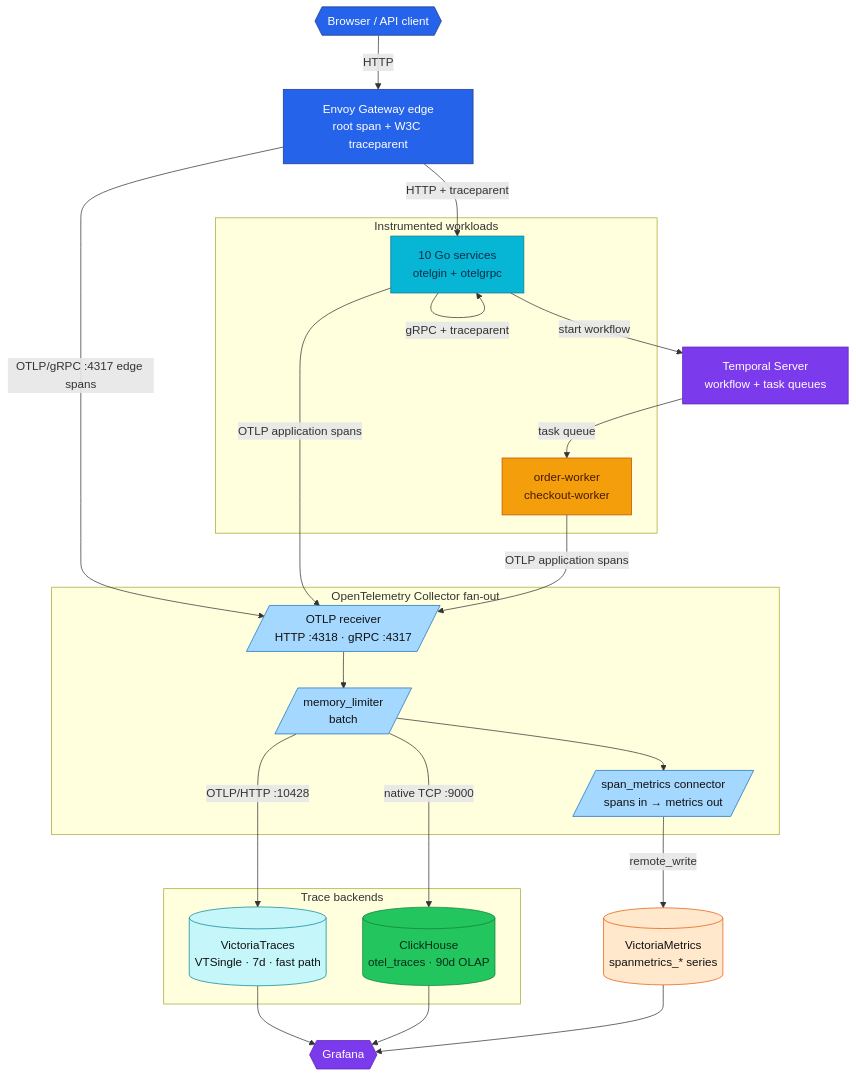
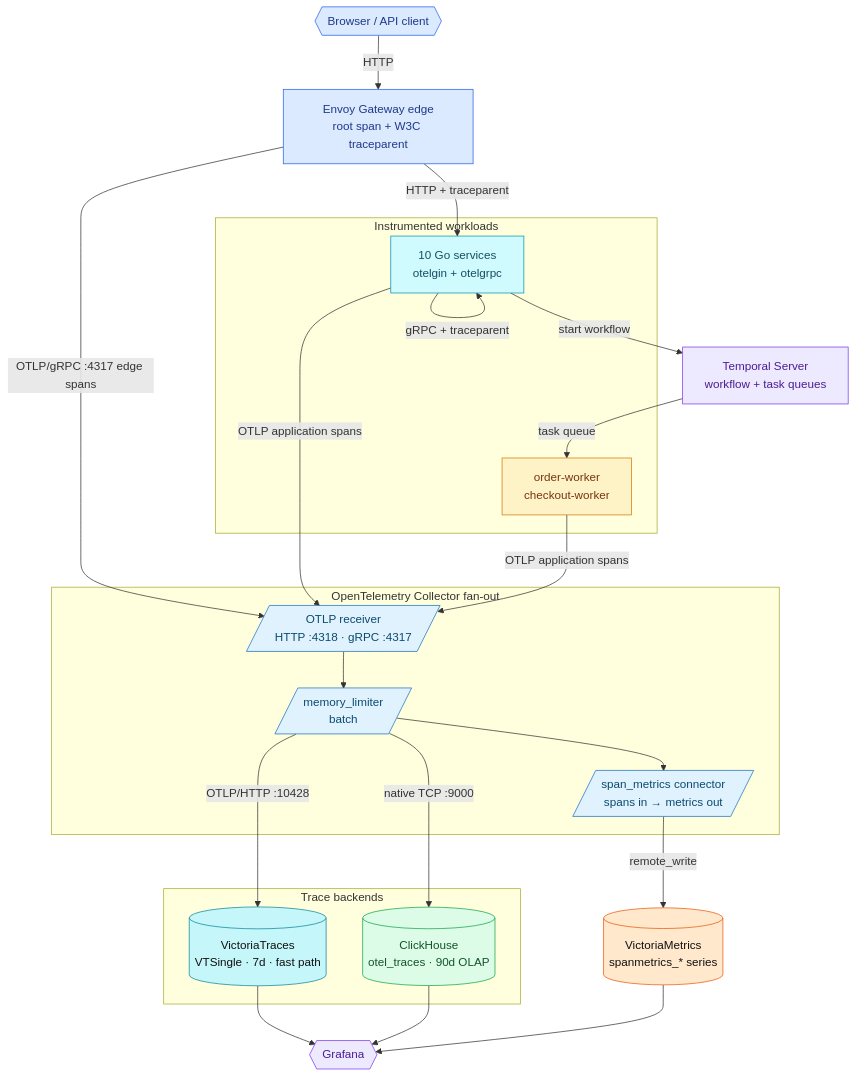
One commit to duynhlab/homelab changed the first of 2 diagrams in docs/observability/tracing/architecture.md. Above: the diagram before and after it, drawn with Mermaid. The commit also changed other lines of this file and 174 other files, not shown here.

First line of the commit message:
Soft-tint diagram palette, a signal-flow diagram, a Linux-ready Draw.io skill

````diff
--- a/docs/observability/tracing/architecture.md
+++ b/docs/observability/tracing/architecture.md
@@ -17,59 +17,59 @@
 ```mermaid
 flowchart TB
     Client{{"Browser / API client"}}
     Edge["Envoy Gateway edge<br/>root span + W3C traceparent"]
 
     subgraph workloads["Instrumented workloads"]
         Services["10 Go services<br/>otelgin + otelgrpc"]
         Workers["order-worker<br/>checkout-worker"]
     end
     Temporal["Temporal Server<br/>workflow + task queues"]
 
 
     subgraph collectorNode["OpenTelemetry Collector fan-out"]
         Receiver[/"OTLP receiver<br/>HTTP :4318 · gRPC :4317"/]
         Processors[/"memory_limiter<br/>batch"/]
         SpanMetrics[/"span_metrics connector<br/>spans in → metrics out"/]
         Receiver --> Processors
         Processors --> SpanMetrics
     end
 
     subgraph backends["Trace backends"]
         VT[("VictoriaTraces<br/>VTSingle · 7d · fast path")]
         CH[("ClickHouse<br/>otel_traces · 90d OLAP")]
     end
     VM[("VictoriaMetrics<br/>spanmetrics_* series")]
 
     Grafana{{"Grafana"}}
 
     Client -->|"HTTP"| Edge
     Edge -->|"HTTP + traceparent"| Services
     Services -->|"gRPC + traceparent"| Services
     Services -->|"start workflow"| Temporal
     Temporal -->|"task queue"| Workers
     Edge -->|"OTLP/gRPC :4317 edge spans"| Receiver
     Services & Workers -->|"OTLP application spans"| Receiver
     Processors -->|"OTLP/HTTP :10428"| VT
     Processors -->|"native TCP :9000"| CH
     SpanMetrics -->|"remote_write"| VM
     VT --> Grafana
     CH --> Grafana
     VM --> Grafana
 
-    classDef edge fill:#2563eb,color:#fff,stroke:#1e3a8a;
-    classDef service fill:#06b6d4,color:#082f49,stroke:#0e7490;
-    classDef worker fill:#f59e0b,color:#451a03,stroke:#b45309;
-    classDef platform fill:#7c3aed,color:#fff,stroke:#5b21b6;
+    classDef edge fill:#dbeafe,color:#1e3a8a,stroke:#2563eb;
+    classDef service fill:#cffafe,color:#164e63,stroke:#0891b2;
+    classDef worker fill:#fef3c7,color:#78350f,stroke:#d97706;
+    classDef platform fill:#ede9fe,color:#4c1d95,stroke:#7c3aed;
     classDef trace fill:#c5f6fa,color:#111,stroke:#0c8599;
-    classDef collector fill:#a5d8ff,color:#111,stroke:#1971c2;
-    classDef data fill:#22c55e,color:#052e16,stroke:#15803d;
+    classDef collector fill:#e0f2fe,color:#0c4a6e,stroke:#1971c2;
+    classDef data fill:#dcfce7,color:#14532d,stroke:#16a34a;
     classDef metric fill:#ffe8cc,color:#111,stroke:#e8590c;
     class Client,Edge edge;
     class Services service;
     class Workers worker;
     class Receiver,Processors,SpanMetrics collector;
     class VT trace;
     class CH data;
     class VM metric;
     class Temporal,Grafana platform;
 ```
````
